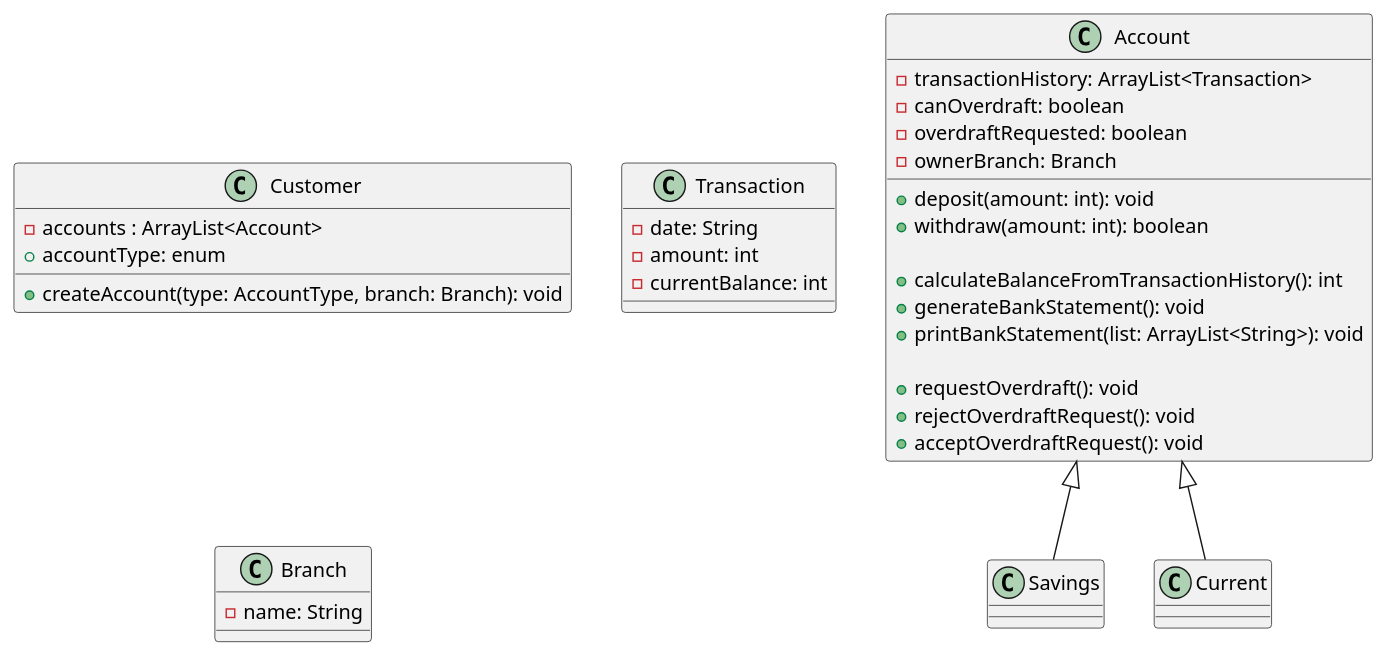
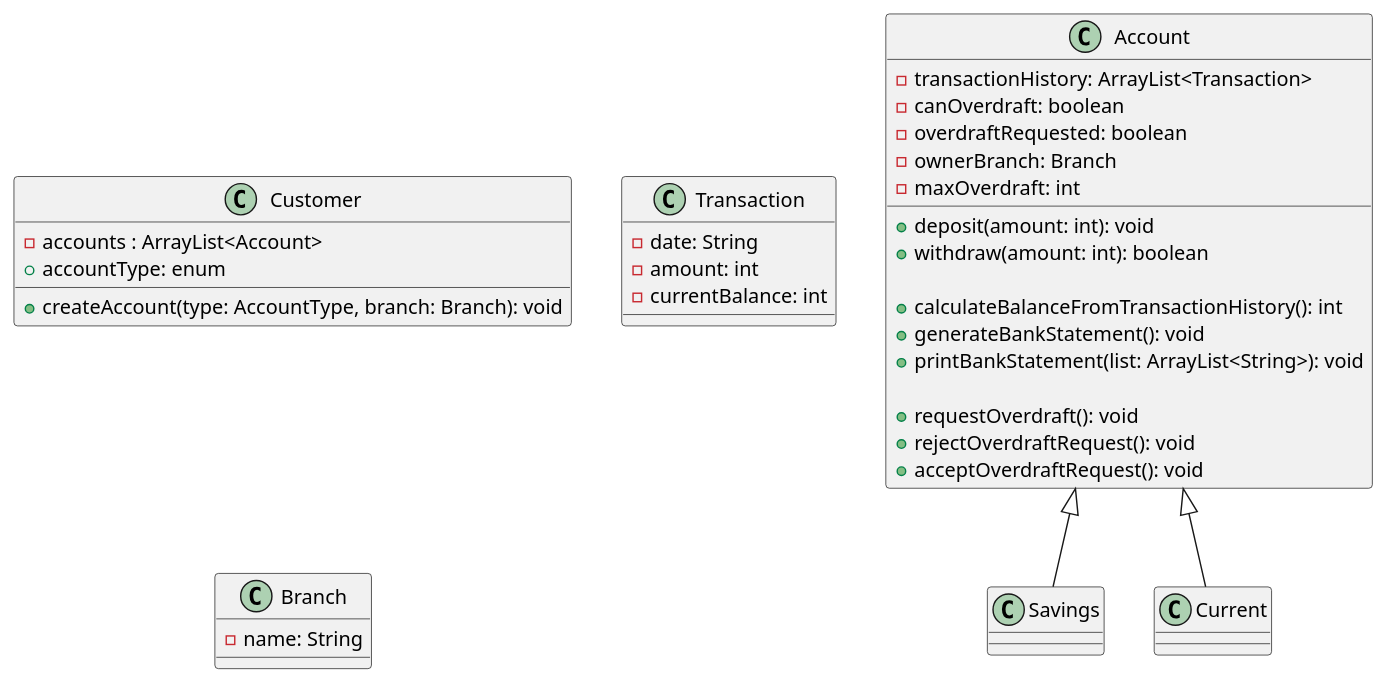
The diagram in classDiagram.puml (boolean-uk/java-tdd-oop-bank-challenge), drawn with PlantUML before and after one commit. The commit also changed 1 other file, not shown here.

Commit message:
Introduced member variable maxOverdraft to class diagram and domain model.

```diff
--- a/classDiagram.puml
+++ b/classDiagram.puml
@@ -1,42 +1,43 @@
 @startuml
 
 Class Customer {
 - accounts : ArrayList<Account>
 + accountType: enum
 + createAccount(type: AccountType, branch: Branch): void
 }
 
 Class Account {
 - transactionHistory: ArrayList<Transaction>
 - canOverdraft: boolean
 - overdraftRequested: boolean
 - ownerBranch: Branch
+- maxOverdraft: int
 
 + deposit(amount: int): void
 + withdraw(amount: int): boolean
 
 + calculateBalanceFromTransactionHistory(): int
 + generateBankStatement(): void
 + printBankStatement(list: ArrayList<String>): void
 
 + requestOverdraft(): void
 + rejectOverdraftRequest(): void
 + acceptOverdraftRequest(): void
 }
 
 Class Savings extends Account {
 }
 
 Class Current extends Account {
 }
 
 Class Transaction {
 - date: String
 - amount: int
 - currentBalance: int
 }
 
 Class Branch {
 - name: String
 }
 @enduml
```
